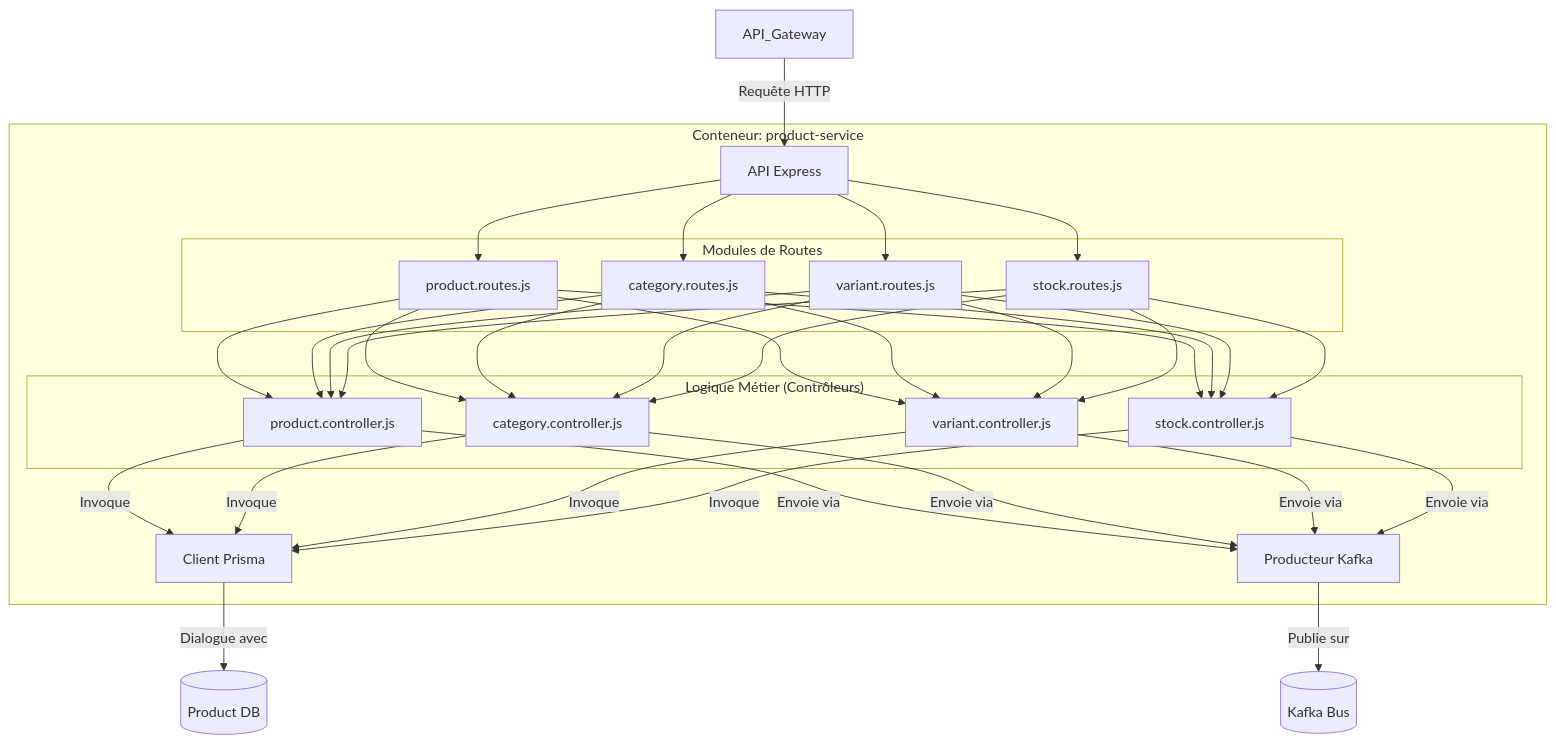
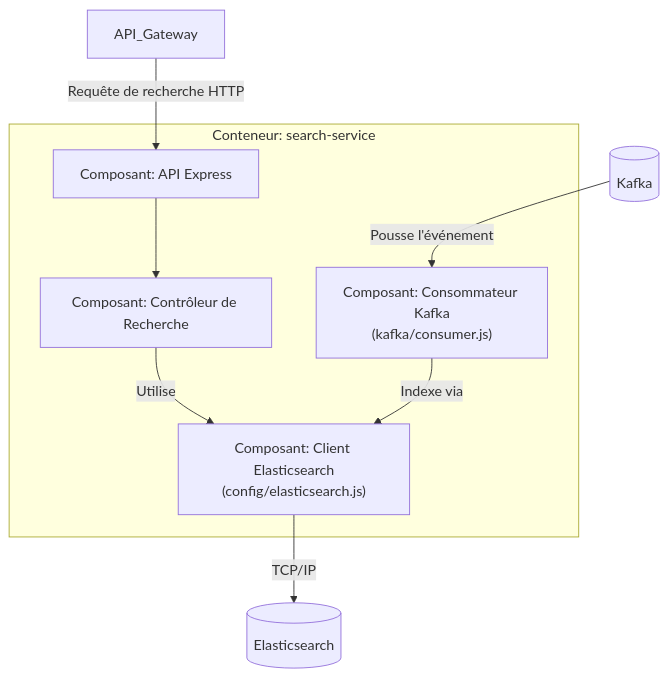
One commit to HarcheSamir/esisba-lirmm-ecommerce changed the fifth of 12 diagrams in MVP.md. Above: the diagram before and after it, drawn with Mermaid. The commit also changed other lines of this file, not shown here.

````diff
--- a/MVP.md
+++ b/MVP.md
@@ -206,28 +224,18 @@
 ```mermaid
 graph TD
-    subgraph "Conteneur: product-service"
-        A[API Express]
-        subgraph "Modules de Routes"
-            B1[product.routes.js]
-            B2[category.routes.js]
-            B3[variant.routes.js]
-            B4[stock.routes.js]
-        end
-        subgraph "Logique Métier (Contrôleurs)"
-            C1[product.controller.js]
-            C2[category.controller.js]
-            C3[variant.controller.js]
-            C4[stock.controller.js]
-        end
-        D[Client Prisma]
-        E[Producteur Kafka]
+    subgraph "Conteneur: search-service"
+        API["Composant: API Express"]
+        SearchController["Composant: Contrôleur de Recherche"]
+        KafkaConsumer["Composant: Consommateur Kafka<br/>(kafka/consumer.js)"]
+        ESClient["Composant: Client Elasticsearch<br/>(config/elasticsearch.js)"]
     end
 
-    API_Gateway -- "Requête HTTP" --> A
-    A --> B1 & B2 & B3 & B4
-    B1 & B2 & B3 & B4 --> C1 & C2 & C3 & C4
-    C1 & C2 & C3 & C4 -- "Invoque" --> D
-    C1 & C2 & C3 & C4 -- "Envoie via" --> E
-    D -- "Dialogue avec" --> Product_DB[(Product DB)]
-    E -- "Publie sur" --> Kafka[(Kafka Bus)]
+    API_Gateway -- "Requête de recherche HTTP" --> API
+    API --> SearchController
+    SearchController -- "Utilise" --> ESClient
+
+    Kafka_Bus[(Kafka)] -- "Pousse l'événement" --> KafkaConsumer
+    KafkaConsumer -- "Indexe via" --> ESClient
+
+    ESClient -- "TCP/IP" --> Elasticsearch_DB[(Elasticsearch)]
 ```
````
